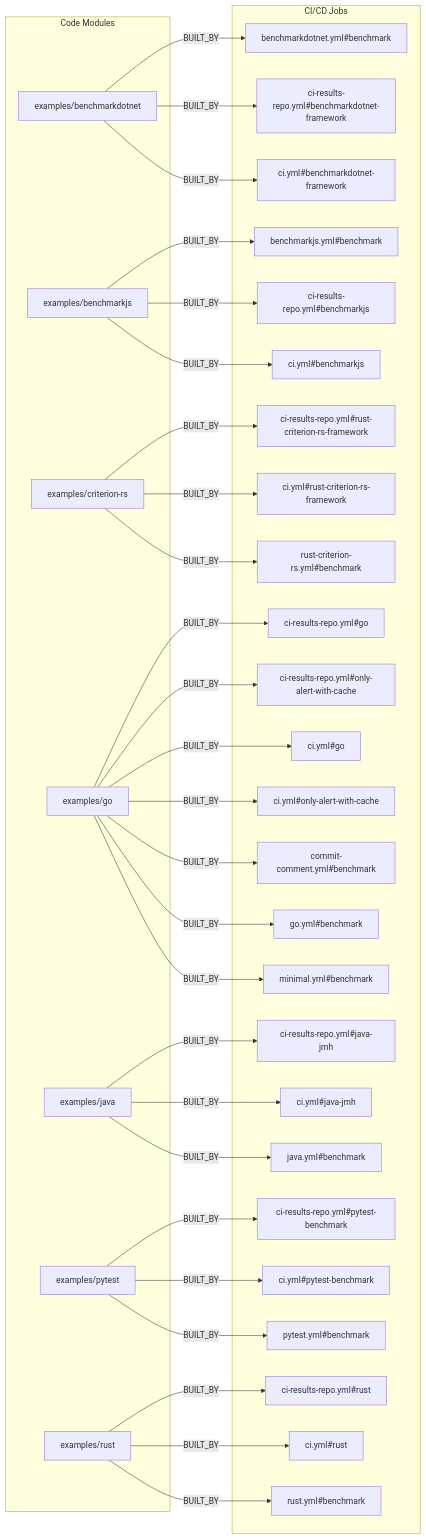
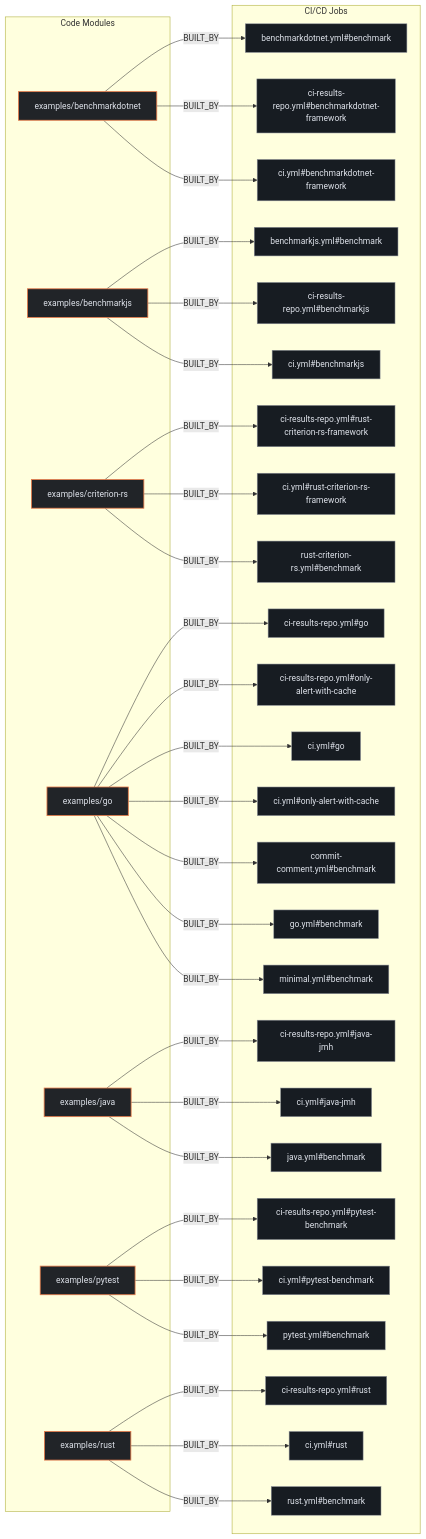
One commit to kumarshaz/atruss-code-atlas changed the second of 3 diagrams in exports/latest/reports/benchmark-action-github-action-benchmark-report.md. Above: the diagram before and after it, drawn with Mermaid. The commit also changed other lines of this file and 331 other files, not shown here.

Commit message:
docs,ui,fix: update SDLC docs, reorder CI/CD DAG first, stylize Mermaid, and fix Arc42 pipeline topology

````diff
--- a/exports/latest/reports/benchmark-action-github-action-benchmark-report.md
+++ b/exports/latest/reports/benchmark-action-github-action-benchmark-report.md
@@ -134,64 +141,68 @@
 ```mermaid
 flowchart LR
+    classDef atlasCategory fill:#212428,stroke:#E87A48,stroke-width:1.5px,color:#dfe3eb
+    classDef atlasWorkflow fill:#1b2026,stroke:#a3c9ff,stroke-width:1.5px,color:#dfe3eb
+    classDef atlasJob fill:#171c22,stroke:#8d9199,stroke-width:1px,color:#dfe3eb
+    classDef atlasTarget fill:#005227,stroke:#8bd99b,stroke-width:1.5px,color:#a7f6b6
     subgraph code_modules["Code Modules"]
-        mod_examples_benchmarkdotnet["examples/benchmarkdotnet"]
-        mod_examples_benchmarkjs["examples/benchmarkjs"]
-        mod_examples_criterion_rs["examples/criterion-rs"]
-        mod_examples_go["examples/go"]
-        mod_examples_java["examples/java"]
-        mod_examples_pytest["examples/pytest"]
-        mod_examples_rust["examples/rust"]
+        mod_examples_benchmarkdotnet["examples/benchmarkdotnet"]:::atlasCategory
+        mod_examples_benchmarkjs["examples/benchmarkjs"]:::atlasCategory
+        mod_examples_criterion_rs["examples/criterion-rs"]:::atlasCategory
+        mod_examples_go["examples/go"]:::atlasCategory
+        mod_examples_java["examples/java"]:::atlasCategory
+        mod_examples_pytest["examples/pytest"]:::atlasCategory
+        mod_examples_rust["examples/rust"]:::atlasCategory
     end
     subgraph ci_jobs["CI/CD Jobs"]
-        job_benchmarkdotnet_yml_benchmark["benchmarkdotnet.yml#benchmark"]
-        job_benchmarkjs_yml_benchmark["benchmarkjs.yml#benchmark"]
-        job_ci_results_repo_yml_benchmarkdotnet_framework["ci-results-repo.yml#benchmarkdotnet-framework"]
-        job_ci_results_repo_yml_benchmarkjs["ci-results-repo.yml#benchmarkjs"]
-        job_ci_results_repo_yml_go["ci-results-repo.yml#go"]
-        job_ci_results_repo_yml_java_jmh["ci-results-repo.yml#java-jmh"]
-        job_ci_results_repo_yml_only_alert_with_cache["ci-results-repo.yml#only-alert-with-cache"]
-        job_ci_results_repo_yml_pytest_benchmark["ci-results-repo.yml#pytest-benchmark"]
-        job_ci_results_repo_yml_rust["ci-results-repo.yml#rust"]
-        job_ci_results_repo_yml_rust_criterion_rs_framework["ci-results-repo.yml#rust-criterion-rs-framework"]
-        job_ci_yml_benchmarkdotnet_framework["ci.yml#benchmarkdotnet-framework"]
-        job_ci_yml_benchmarkjs["ci.yml#benchmarkjs"]
-        job_ci_yml_go["ci.yml#go"]
-        job_ci_yml_java_jmh["ci.yml#java-jmh"]
-        job_ci_yml_only_alert_with_cache["ci.yml#only-alert-with-cache"]
-        job_ci_yml_pytest_benchmark["ci.yml#pytest-benchmark"]
-        job_ci_yml_rust["ci.yml#rust"]
-        job_ci_yml_rust_criterion_rs_framework["ci.yml#rust-criterion-rs-framework"]
-        job_commit_comment_yml_benchmark["commit-comment.yml#benchmark"]
-        job_go_yml_benchmark["go.yml#benchmark"]
-        job_java_yml_benchmark["java.yml#benchmark"]
-        job_minimal_yml_benchmark["minimal.yml#benchmark"]
-        job_pytest_yml_benchmark["pytest.yml#benchmark"]
-        job_rust_criterion_rs_yml_benchmark["rust-criterion-rs.yml#benchmark"]
-        job_rust_yml_benchmark["rust.yml#benchmark"]
+        job_benchmarkdotnet_yml_benchmark["benchmarkdotnet.yml#benchmark"]:::atlasJob
+        job_benchmarkjs_yml_benchmark["benchmarkjs.yml#benchmark"]:::atlasJob
+        job_ci_results_repo_yml_benchmarkdotnet_framework["ci-results-repo.yml#benchmarkdotnet-framework"]:::atlasJob
+        job_ci_results_repo_yml_benchmarkjs["ci-results-repo.yml#benchmarkjs"]:::atlasJob
+        job_ci_results_repo_yml_go["ci-results-repo.yml#go"]:::atlasJob
+        job_ci_results_repo_yml_java_jmh["ci-results-repo.yml#java-jmh"]:::atlasJob
+        job_ci_results_repo_yml_only_alert_with_cache["ci-results-repo.yml#only-alert-with-cache"]:::atlasJob
+        job_ci_results_repo_yml_pytest_benchmark["ci-results-repo.yml#pytest-benchmark"]:::atlasJob
+        job_ci_results_repo_yml_rust["ci-results-repo.yml#rust"]:::atlasJob
+        job_ci_results_repo_yml_rust_criterion_rs_framework["ci-results-repo.yml#rust-criterion-rs-framework"]:::atlasJob
+        job_ci_yml_benchmarkdotnet_framework["ci.yml#benchmarkdotnet-framework"]:::atlasJob
+        job_ci_yml_benchmarkjs["ci.yml#benchmarkjs"]:::atlasJob
+        job_ci_yml_go["ci.yml#go"]:::atlasJob
+        job_ci_yml_java_jmh["ci.yml#java-jmh"]:::atlasJob
+        job_ci_yml_only_alert_with_cache["ci.yml#only-alert-with-cache"]:::atlasJob
+        job_ci_yml_pytest_benchmark["ci.yml#pytest-benchmark"]:::atlasJob
+        job_ci_yml_rust["ci.yml#rust"]:::atlasJob
+        job_ci_yml_rust_criterion_rs_framework["ci.yml#rust-criterion-rs-framework"]:::atlasJob
+        job_commit_comment_yml_benchmark["commit-comment.yml#benchmark"]:::atlasJob
+        job_go_yml_benchmark["go.yml#benchmark"]:::atlasJob
+        job_java_yml_benchmark["java.yml#benchmark"]:::atlasJob
+        job_minimal_yml_benchmark["minimal.yml#benchmark"]:::atlasJob
+        job_pytest_yml_benchmark["pytest.yml#benchmark"]:::atlasJob
+        job_rust_criterion_rs_yml_benchmark["rust-criterion-rs.yml#benchmark"]:::atlasJob
+        job_rust_yml_benchmark["rust.yml#benchmark"]:::atlasJob
     end
     mod_examples_benchmarkdotnet -->|BUILT_BY| job_benchmarkdotnet_yml_benchmark
     mod_examples_benchmarkdotnet -->|BUILT_BY| job_ci_results_repo_yml_benchmarkdotnet_framework
     mod_examples_benchmarkdotnet -->|BUILT_BY| job_ci_yml_benchmarkdotnet_framework
     mod_examples_benchmarkjs -->|BUILT_BY| job_benchmarkjs_yml_benchmark
     mod_examples_benchmarkjs -->|BUILT_BY| job_ci_results_repo_yml_benchmarkjs
     mod_examples_benchmarkjs -->|BUILT_BY| job_ci_yml_benchmarkjs
     mod_examples_criterion_rs -->|BUILT_BY| job_ci_results_repo_yml_rust_criterion_rs_framework
     mod_examples_criterion_rs -->|BUILT_BY| job_ci_yml_rust_criterion_rs_framework
     mod_examples_criterion_rs -->|BUILT_BY| job_rust_criterion_rs_yml_benchmark
     mod_examples_go -->|BUILT_BY| job_ci_results_repo_yml_go
     mod_examples_go -->|BUILT_BY| job_ci_results_repo_yml_only_alert_with_cache
     mod_examples_go -->|BUILT_BY| job_ci_yml_go
     mod_examples_go -->|BUILT_BY| job_ci_yml_only_alert_with_cache
     mod_examples_go -->|BUILT_BY| job_commit_comment_yml_benchmark
     mod_examples_go -->|BUILT_BY| job_go_yml_benchmark
     mod_examples_go -->|BUILT_BY| job_minimal_yml_benchmark
     mod_examples_java -->|BUILT_BY| job_ci_results_repo_yml_java_jmh
     mod_examples_java -->|BUILT_BY| job_ci_yml_java_jmh
     mod_examples_java -->|BUILT_BY| job_java_yml_benchmark
     mod_examples_pytest -->|BUILT_BY| job_ci_results_repo_yml_pytest_benchmark
     mod_examples_pytest -->|BUILT_BY| job_ci_yml_pytest_benchmark
     mod_examples_pytest -->|BUILT_BY| job_pytest_yml_benchmark
     mod_examples_rust -->|BUILT_BY| job_ci_results_repo_yml_rust
     mod_examples_rust -->|BUILT_BY| job_ci_yml_rust
     mod_examples_rust -->|BUILT_BY| job_rust_yml_benchmark
 ```
````
